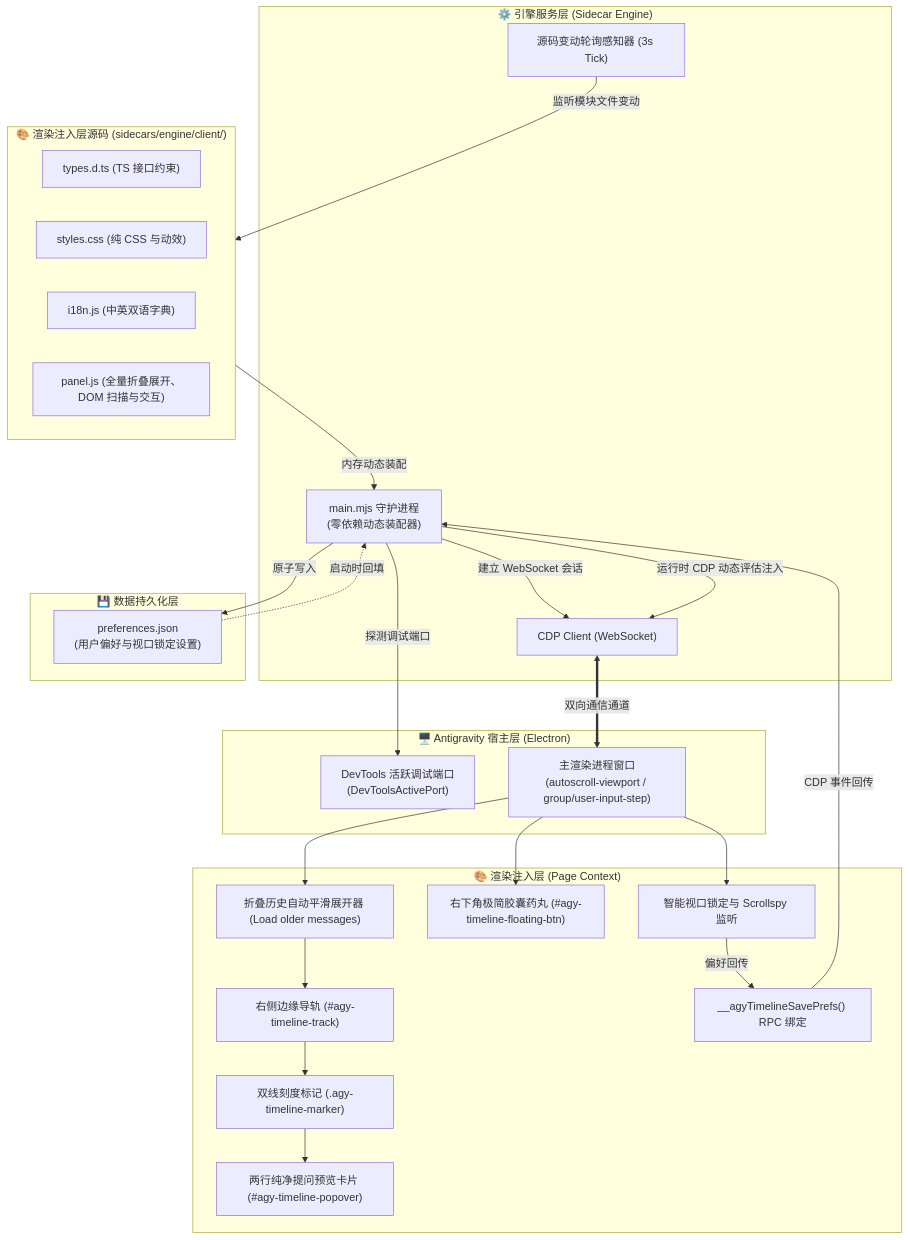
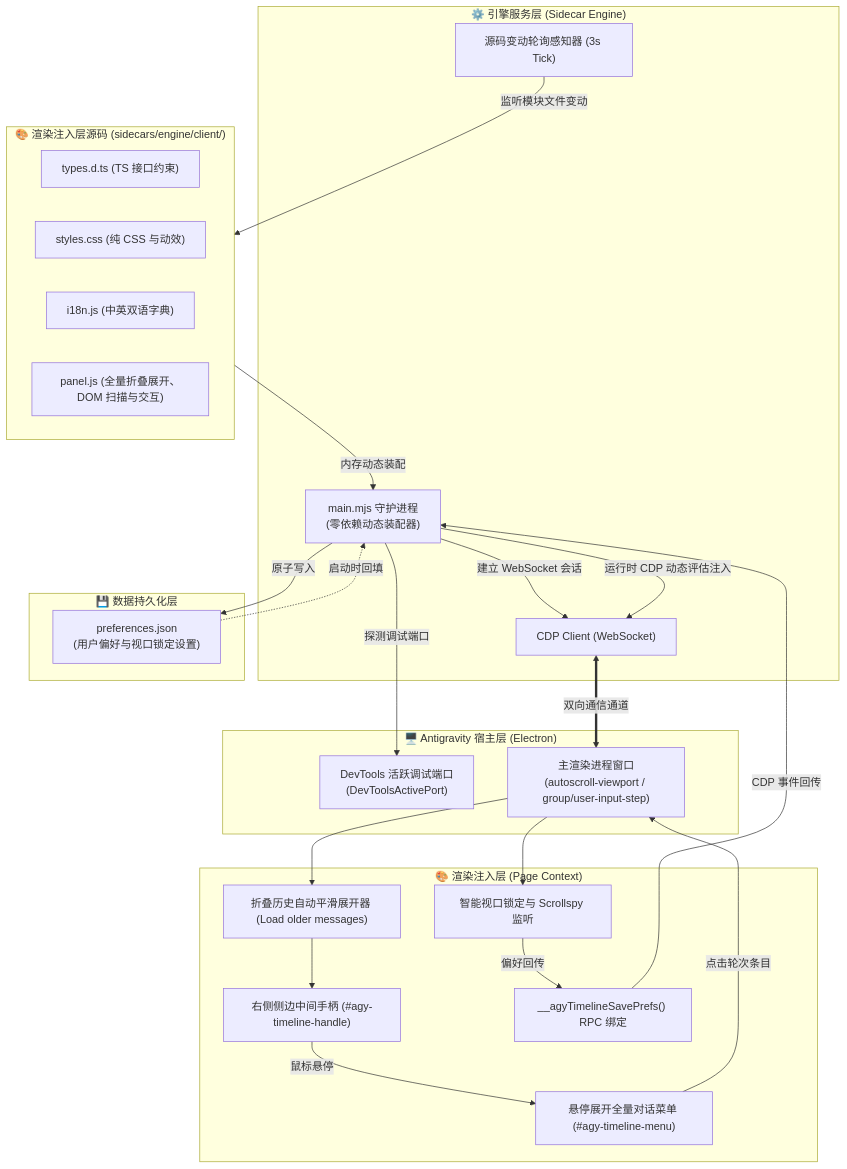
Before and after one commit to moumouye/antigravity-timeline: the diagram in ARCHITECTURE.md, drawn with Mermaid. The commit also changed other lines of this file and 6 other files, not shown here.

````diff
--- a/ARCHITECTURE.md
+++ b/ARCHITECTURE.md
@@ -11,53 +11,50 @@
 ```mermaid
 flowchart TB
     subgraph Host ["🖥️ Antigravity 宿主层 (Electron)"]
         DevTools["DevTools 活跃调试端口<br/>(DevToolsActivePort)"]
         Renderer["主渲染进程窗口<br/>(autoscroll-viewport / group/user-input-step)"]
     end
 
     subgraph Sidecar ["⚙️ 引擎服务层 (Sidecar Engine)"]
         Main["main.mjs 守护进程<br/>(零依赖动态装配器)"]
         CDP["CDP Client (WebSocket)"]
         Watcher["源码变动轮询感知器 (3s Tick)"]
     end
 
     subgraph Client ["🎨 渲染注入层源码 (sidecars/engine/client/)"]
         Types["types.d.ts (TS 接口约束)"]
         Styles["styles.css (纯 CSS 与动效)"]
         I18n["i18n.js (中英双语字典)"]
         Panel["panel.js (全量折叠展开、DOM 扫描与交互)"]
     end
 
     subgraph Injected ["🎨 渲染注入层 (Page Context)"]
         AutoExpand["折叠历史自动平滑展开器 (Load older messages)"]
-        Track["右侧边缘导轨 (#agy-timeline-track)"]
-        Markers["双线刻度标记 (.agy-timeline-marker)"]
-        Popover["两行纯净提问预览卡片 (#agy-timeline-popover)"]
-        FloatBtn["右下角极简胶囊药丸 (#agy-timeline-floating-btn)"]
+        Handle["右侧侧边中间手柄 (#agy-timeline-handle)"]
+        Menu["悬停展开全量对话菜单 (#agy-timeline-menu)"]
         ScrollController["智能视口锁定与 Scrollspy 监听"]
         Binding["__agyTimelineSavePrefs() RPC 绑定"]
     end
 
     subgraph Storage ["💾 数据持久化层"]
         Prefs["preferences.json<br/>(用户偏好与视口锁定设置)"]
     end
 
     Main -->|探测调试端口| DevTools
     Main -->|建立 WebSocket 会话| CDP
     CDP <==>|双向通信通道| Renderer
 
     Watcher -->|监听模块文件变动| Client
     Client -->|内存动态装配| Main
     Main -->|运行时 CDP 动态评估注入| CDP
 
     Renderer --> AutoExpand
-    AutoExpand --> Track
-    Track --> Markers
-    Markers --> Popover
-    Renderer --> FloatBtn
+    AutoExpand --> Handle
+    Handle -->|鼠标悬停| Menu
+    Menu -->|点击轮次条目| Renderer
     Renderer --> ScrollController
     ScrollController -->|偏好回传| Binding
     Binding -->|CDP 事件回传| Main
     Main -->|原子写入| Prefs
     Prefs -.->|启动时回填| Main
 ```
````
